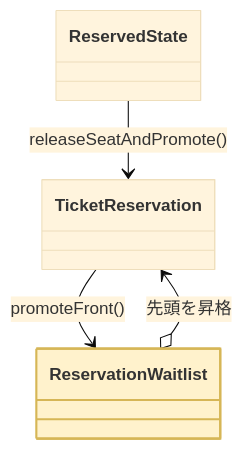
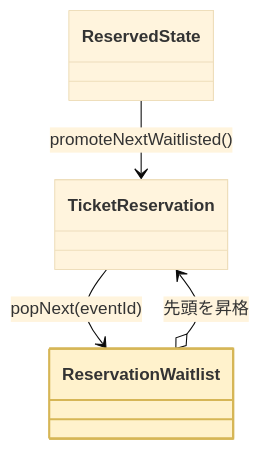
One commit to kumachan1101-pixel/DesignPattern changed diagram 15 of 22 in kindle/design-patterns/output/chapter03.md. Above: the diagram before and after it, drawn with Mermaid (base theme). The commit also changed other lines of this file and 7 other files, not shown here.

````diff
--- a/kindle/design-patterns/output/chapter03.md
+++ b/kindle/design-patterns/output/chapter03.md
@@ -1541,11 +1546,11 @@
 ```mermaid
 classDiagram
     class ReservedState
     class TicketReservation
     class ReservationWaitlist
-    ReservedState --> TicketReservation : releaseSeatAndPromote()
-    TicketReservation --> ReservationWaitlist : promoteFront()
+    ReservedState --> TicketReservation : promoteNextWaitlisted()
+    TicketReservation --> ReservationWaitlist : popNext(eventId)
     ReservationWaitlist o--> TicketReservation : 先頭を昇格
     class ReservationWaitlist:::focus
     classDef focus fill:#FFF2CC,stroke:#D6B656,stroke-width:2px
 ```
````
